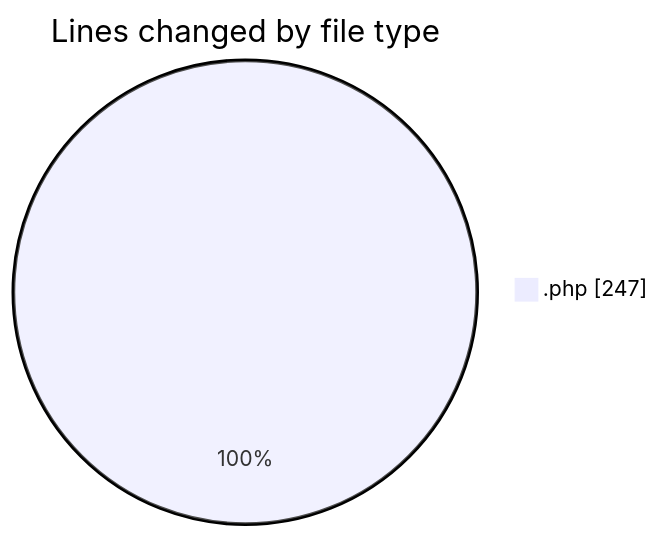
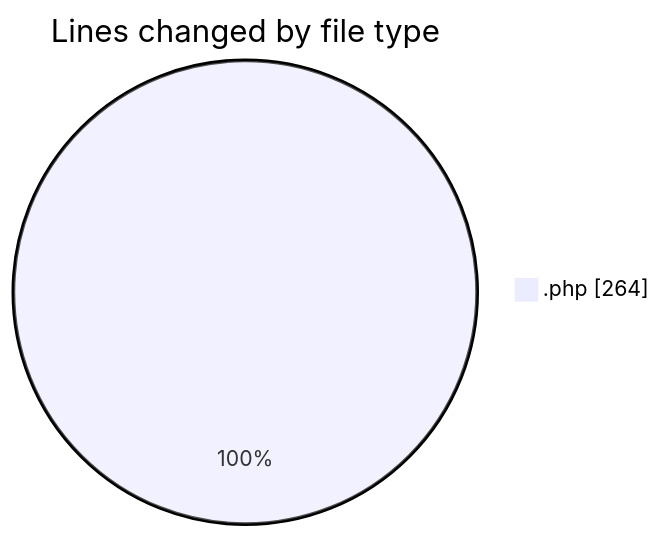
Before and after one commit to LanceThiago/code-tracking: the first of 2 diagrams in 2026-08-26/oficina/README.md, drawn with Mermaid. The commit also changed other lines of this file and 1 other file, not shown here.

````diff
--- a/2026-08-26/oficina/README.md
+++ b/2026-08-26/oficina/README.md
@@ -20,5 +20,5 @@
 ```mermaid
 pie showData
 title Lines changed by file type
-".php" : 247
+".php" : 264
 ```
````
